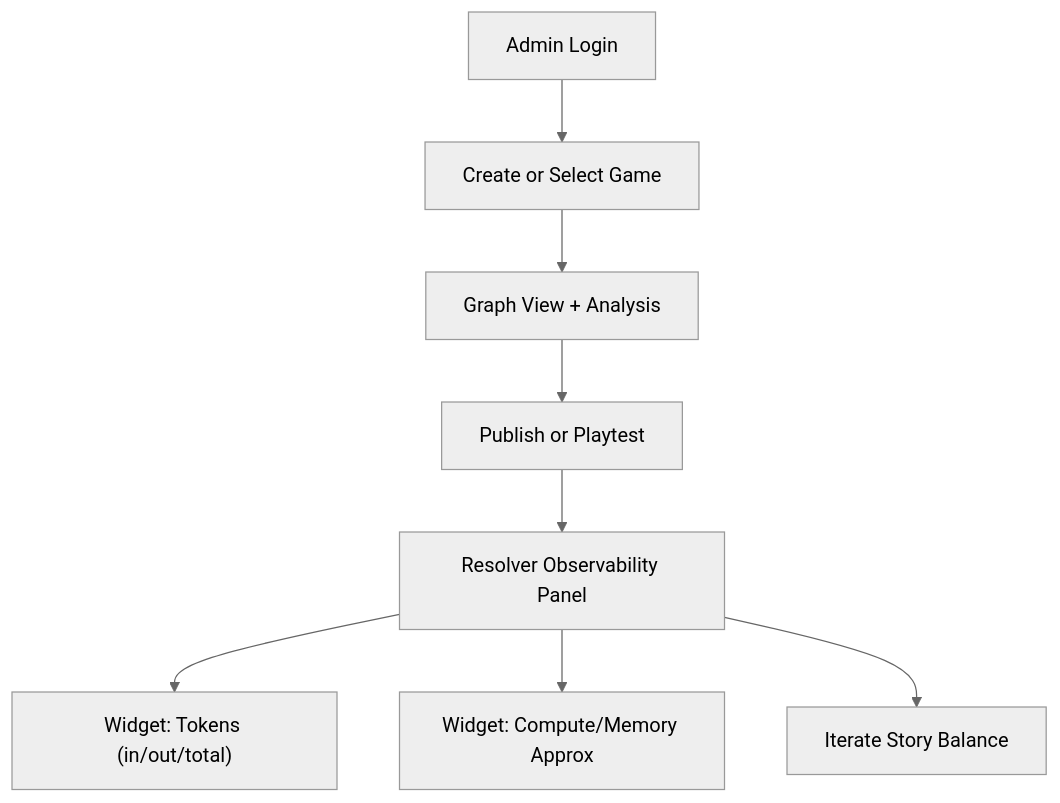
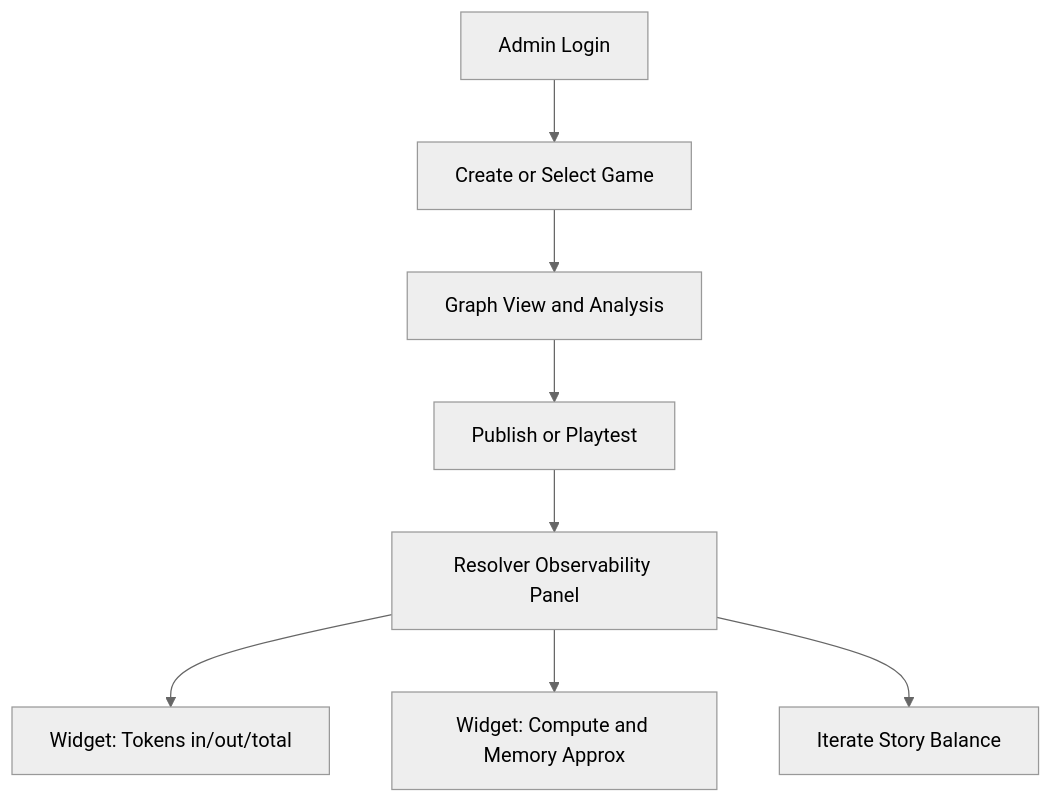
Before and after one commit to aamir-nus/lumina-quest: the third of 7 diagrams in docs/UI_MOCKUPS.md, drawn with Mermaid (neutral theme). The commit also changed other lines of this file and 2 other files, not shown here.

````diff
--- a/docs/UI_MOCKUPS.md
+++ b/docs/UI_MOCKUPS.md
@@ -5,10 +111,10 @@
 ```mermaid
 flowchart TD
-  A["Admin Login"] --> B["Create or Select Game"]
-  B --> C["Graph View + Analysis"]
-  C --> D["Publish or Playtest"]
-  D --> E["Resolver Observability Panel"]
-  E --> E1["Widget: Tokens (in/out/total)"]
-  E --> E2["Widget: Compute/Memory Approx"]
-  E --> F["Iterate Story Balance"]
+    A["Admin Login"] --> B["Create or Select Game"]
+    B --> C["Graph View and Analysis"]
+    C --> D["Publish or Playtest"]
+    D --> E["Resolver Observability Panel"]
+    E --> E1["Widget: Tokens in/out/total"]
+    E --> E2["Widget: Compute and Memory Approx"]
+    E --> F["Iterate Story Balance"]
 ```
````
